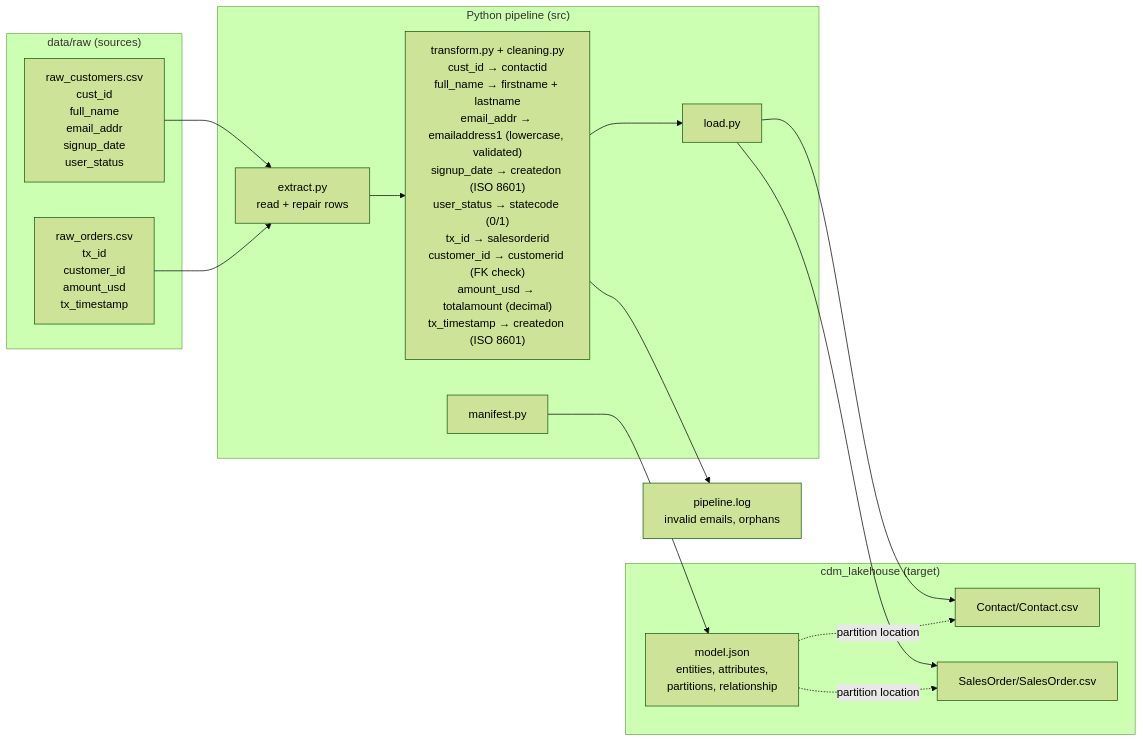
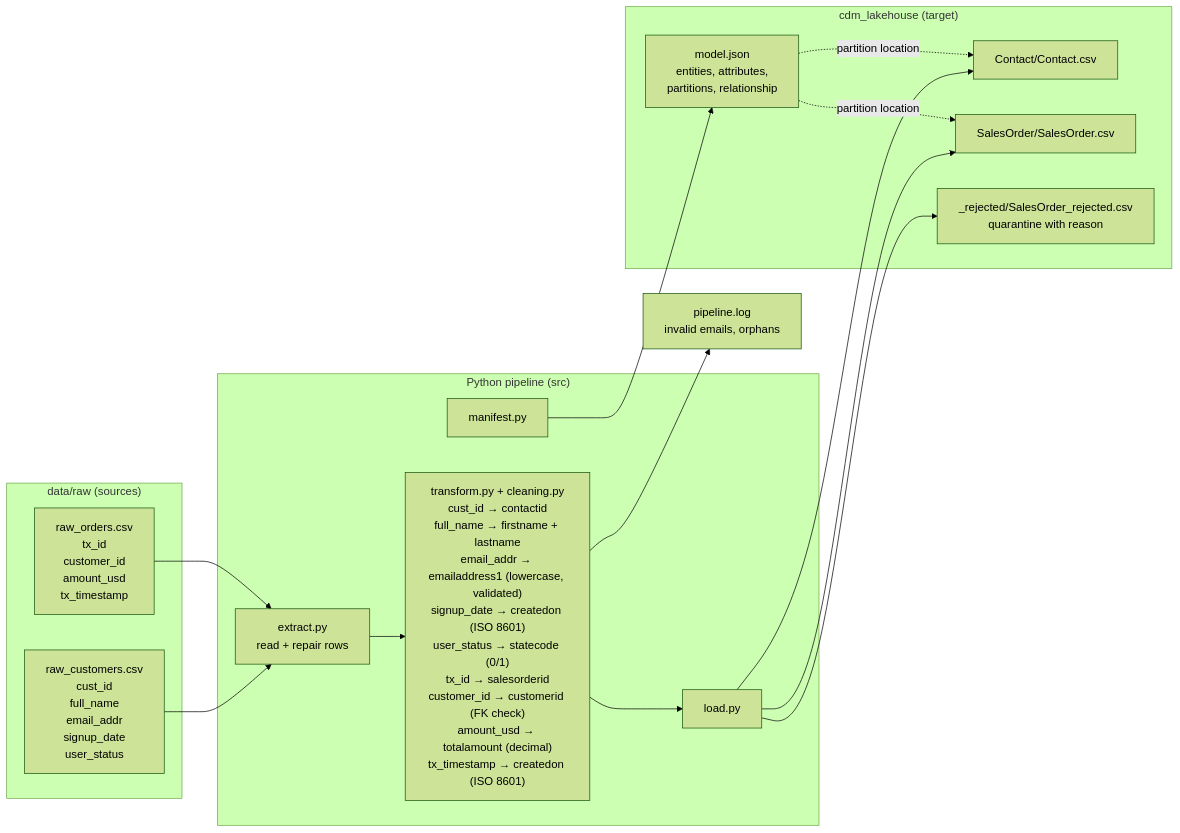
One commit to adh01/reeeliance-cdm-pipeline changed the first of 2 diagrams in README.md. Above: the diagram before and after it, drawn with Mermaid (forest theme). The commit also changed other lines of this file and 13 other files, not shown here.

````diff
--- a/README.md
+++ b/README.md
@@ -51,32 +72,34 @@
 ```mermaid
 flowchart LR
     subgraph RAW["data/raw (sources)"]
         C["raw_customers.csv<br/>cust_id<br/>full_name<br/>email_addr<br/>signup_date<br/>user_status"]
         O["raw_orders.csv<br/>tx_id<br/>customer_id<br/>amount_usd<br/>tx_timestamp"]
     end
 
     subgraph PIPE["Python pipeline (src)"]
         E["extract.py<br/>read + repair rows"]
         T["transform.py + cleaning.py<br/>cust_id → contactid<br/>full_name → firstname + lastname<br/>email_addr → emailaddress1 (lowercase, validated)<br/>signup_date → createdon (ISO 8601)<br/>user_status → statecode (0/1)<br/>tx_id → salesorderid<br/>customer_id → customerid (FK check)<br/>amount_usd → totalamount (decimal)<br/>tx_timestamp → createdon (ISO 8601)"]
         L["load.py"]
         M["manifest.py"]
     end
 
     subgraph LH["cdm_lakehouse (target)"]
         MJ["model.json<br/>entities, attributes,<br/>partitions, relationship"]
         CC["Contact/Contact.csv"]
         SC["SalesOrder/SalesOrder.csv"]
+        RJ["_rejected/SalesOrder_rejected.csv<br/>quarantine with reason"]
     end
 
     LOG["pipeline.log<br/>invalid emails, orphans"]
 
     C --> E
     O --> E
     E --> T --> L
     L --> CC
     L --> SC
+    L --> RJ
     M --> MJ
     MJ -. "partition location" .-> CC
     MJ -. "partition location" .-> SC
     T --> LOG
 ```
````
